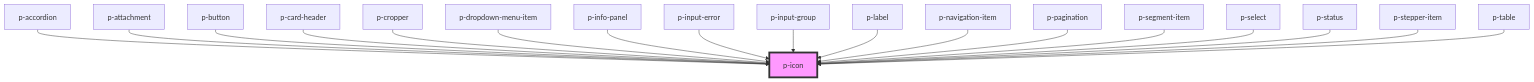
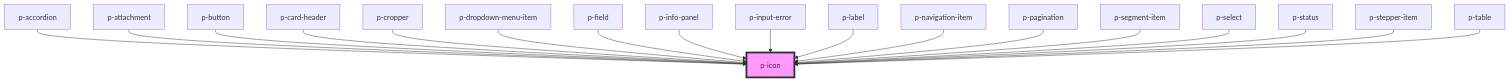
Before and after one commit to Employes/Paperless: the diagram in packages/core/src/components/atoms/icon/readme.md, drawn with Mermaid. The commit also changed other lines of this file and 21 other files, not shown here.

Commit message:
refactor(molecules): Removal of input-group component

````diff
--- a/packages/core/src/components/atoms/icon/readme.md
+++ b/packages/core/src/components/atoms/icon/readme.md
@@ -45,21 +45,21 @@
 ```mermaid
 graph TD;
   p-accordion --> p-icon
   p-attachment --> p-icon
   p-button --> p-icon
   p-card-header --> p-icon
   p-cropper --> p-icon
   p-dropdown-menu-item --> p-icon
+  p-field --> p-icon
   p-info-panel --> p-icon
   p-input-error --> p-icon
-  p-input-group --> p-icon
   p-label --> p-icon
   p-navigation-item --> p-icon
   p-pagination --> p-icon
   p-segment-item --> p-icon
   p-select --> p-icon
   p-status --> p-icon
   p-stepper-item --> p-icon
   p-table --> p-icon
   style p-icon fill:#f9f,stroke:#333,stroke-width:4px
 ```
````
